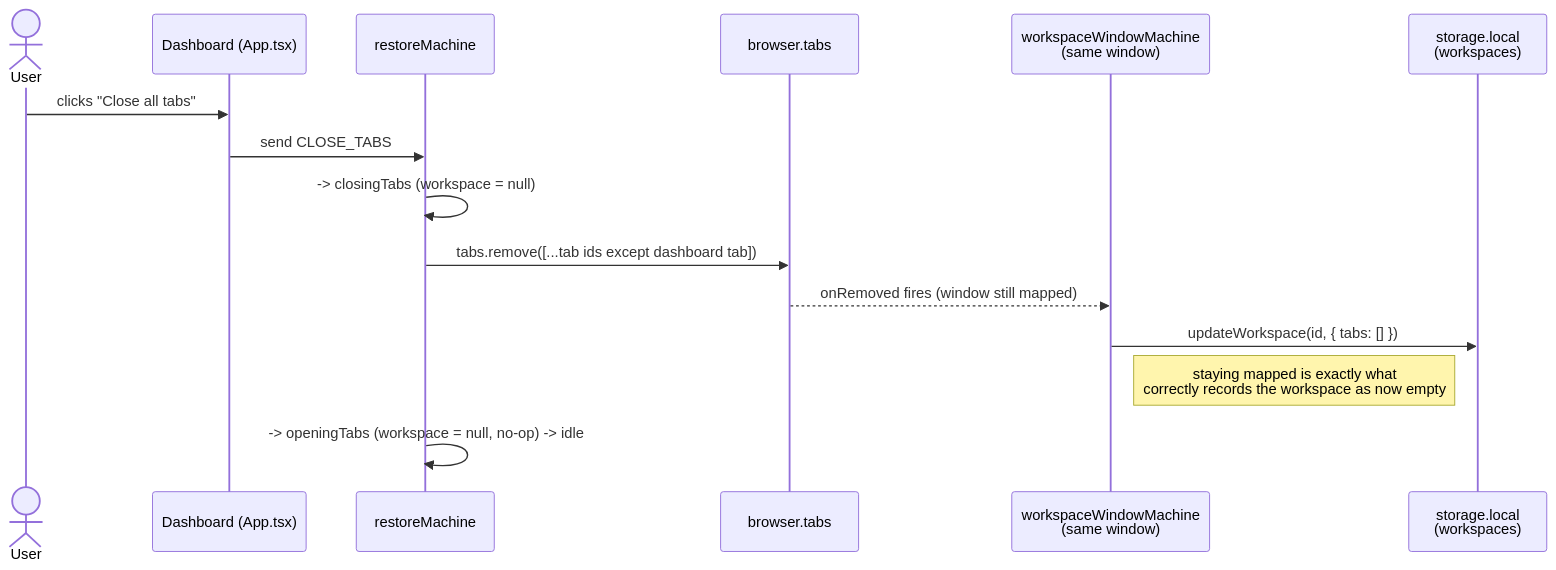
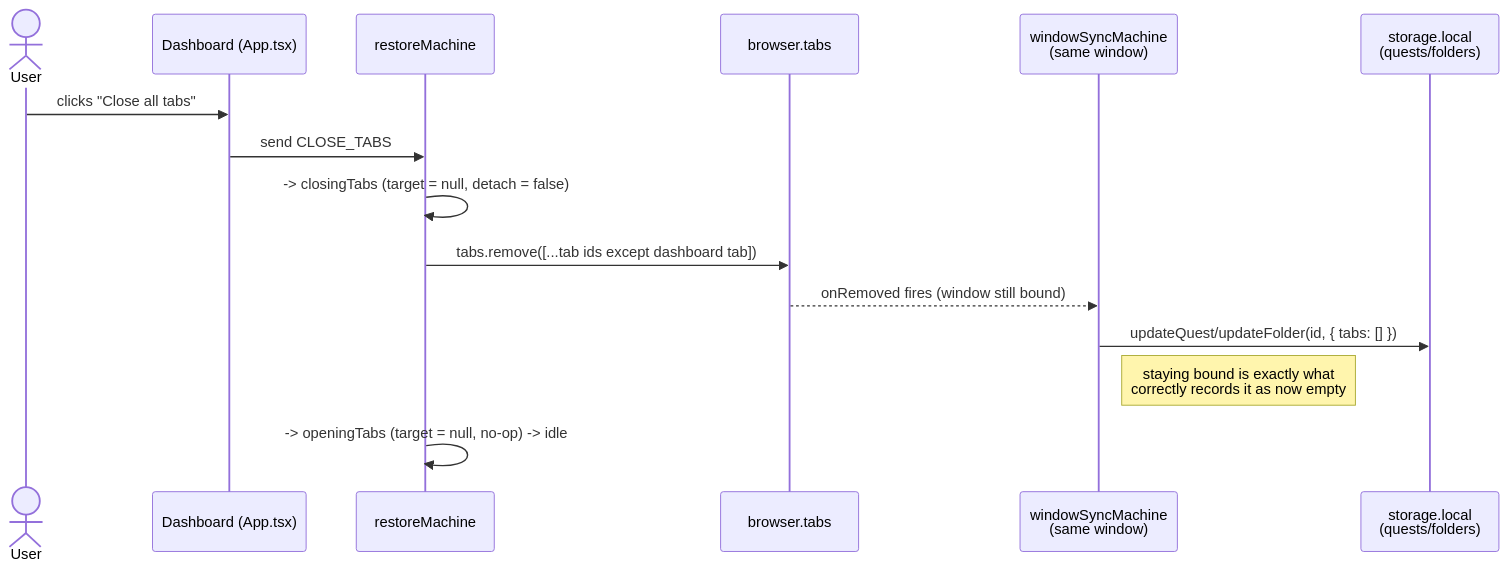
One commit to enyhma/cntxt changed the ninth of 11 diagrams in docs/workflows.md. Above: the diagram before and after it, drawn with Mermaid. The commit also changed other lines of this file and 9 other files, not shown here.

````diff
--- a/docs/workflows.md
+++ b/docs/workflows.md
@@ -207,18 +216,18 @@
 ```mermaid
 sequenceDiagram
     actor User
     participant Dashboard as Dashboard (App.tsx)
     participant Machine as restoreMachine
     participant BrowserTabs as browser.tabs
-    participant WinActor as workspaceWindowMachine<br/>(same window)
-    participant Workspaces as storage.local<br/>(workspaces)
+    participant WinActor as windowSyncMachine<br/>(same window)
+    participant Quests as storage.local<br/>(quests/folders)
 
     User->>Dashboard: clicks "Close all tabs"
     Dashboard->>Machine: send CLOSE_TABS
-    Machine->>Machine: -> closingTabs (workspace = null)
+    Machine->>Machine: -> closingTabs (target = null, detach = false)
     Machine->>BrowserTabs: tabs.remove([...tab ids except dashboard tab])
-    BrowserTabs-->>WinActor: onRemoved fires (window still mapped)
-    WinActor->>Workspaces: updateWorkspace(id, { tabs: [] })
-    Note right of WinActor: staying mapped is exactly what<br/>correctly records the workspace as now empty
-    Machine->>Machine: -> openingTabs (workspace = null, no-op) -> idle
+    BrowserTabs-->>WinActor: onRemoved fires (window still bound)
+    WinActor->>Quests: updateQuest/updateFolder(id, { tabs: [] })
+    Note right of WinActor: staying bound is exactly what<br/>correctly records it as now empty
+    Machine->>Machine: -> openingTabs (target = null, no-op) -> idle
 ```
````
